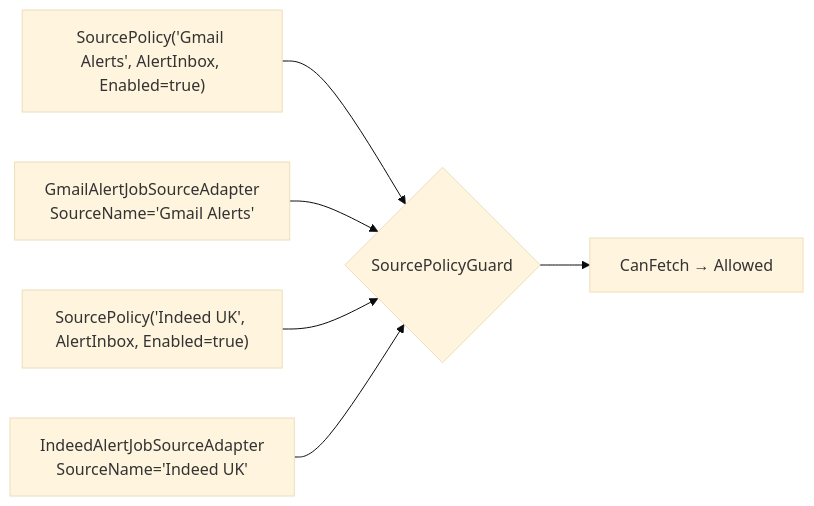
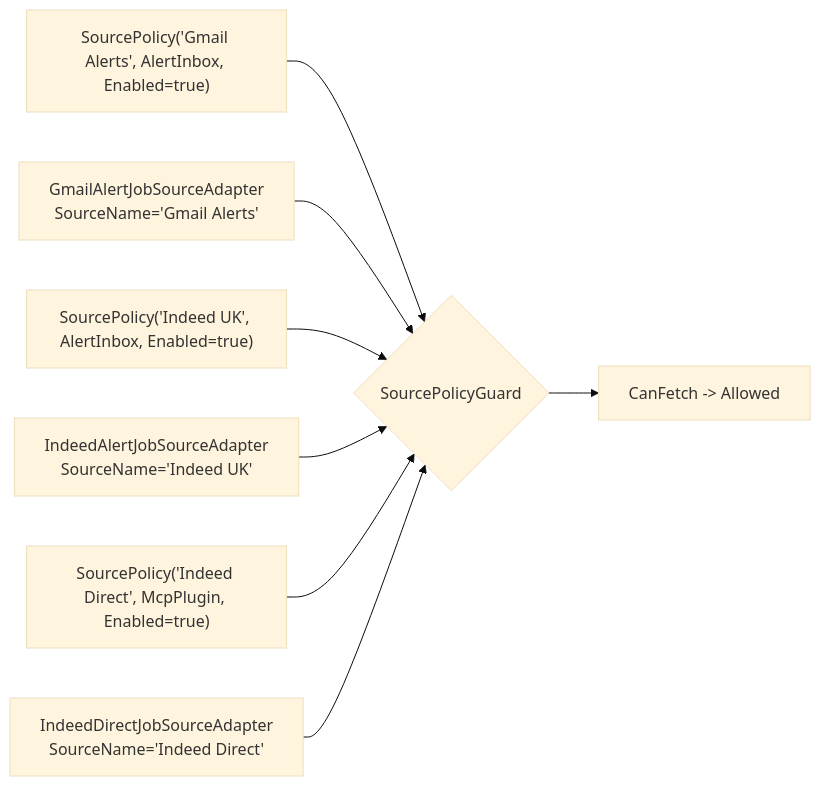
Before and after one commit to ekanatha-urivakili/AiJobSearchAgent: diagram 11 of 11 in docs/gmail-slack-integration.md, drawn with Mermaid (base theme). The commit also changed other lines of this file and 5 other files, not shown here.

````diff
--- a/docs/gmail-slack-integration.md
+++ b/docs/gmail-slack-integration.md
@@ -500,8 +509,10 @@
 ```mermaid
 flowchart LR
     A["SourcePolicy('Gmail Alerts', AlertInbox, Enabled=true)"] --> B{SourcePolicyGuard}
     C["GmailAlertJobSourceAdapter\nSourceName='Gmail Alerts'"] --> B
     D["SourcePolicy('Indeed UK', AlertInbox, Enabled=true)"] --> B
     E["IndeedAlertJobSourceAdapter\nSourceName='Indeed UK'"] --> B
-    B --> F["CanFetch → Allowed"]
+    F["SourcePolicy('Indeed Direct', McpPlugin, Enabled=true)"] --> B
+    G["IndeedDirectJobSourceAdapter\nSourceName='Indeed Direct'"] --> B
+    B --> H["CanFetch -> Allowed"]
 ```
````
